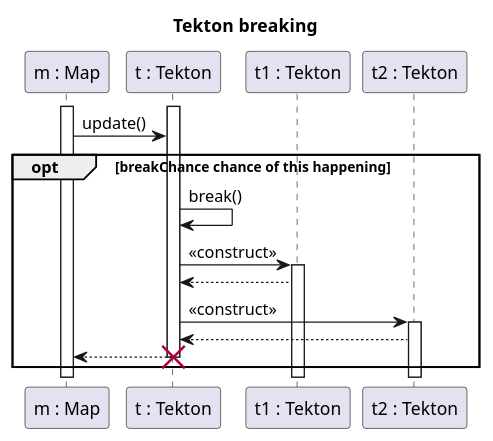
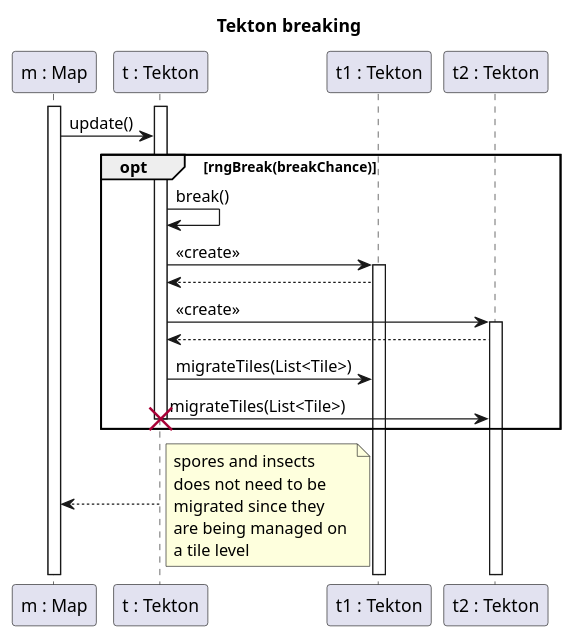
The diagram in diagrams/diagramFiles/SQ_TektonBreak.puml (Harcipan/Projlab_nullpointerexception), drawn with PlantUML before and after one commit.

Commit message:
created new function for random generation for every update (opt rngBreak(breakChance)) created new function for migrating tile ownership for new tectons (migrateTiles(List<Tile>)) added note for clarification

```diff
--- a/diagrams/diagramFiles/SQ_TektonBreak.puml
+++ b/diagrams/diagramFiles/SQ_TektonBreak.puml
@@ -1,28 +1,38 @@
 @startuml TektonBreak
 title Tekton breaking
 
 participant "m : Map" as M
 participant "t : Tekton" as T
 participant "t1 : Tekton" as T1
 participant "t2 : Tekton" as T2
 
 activate T
 activate M
 
 M->T : update()
-opt breakChance chance of this happening
+opt rngBreak(breakChance)
 T->T : break()
-T->T1 : <<construct>>
+T->T1 : <<create>>
 activate T1
 T1-->T
 
-T->T2 : <<construct>>
+T->T2 : <<create>>
 activate T2
 T2-->T
 
-T-->M
+T->T1 : migrateTiles(List<Tile>)
+T->T2 : migrateTiles(List<Tile>)
+
 destroy T
 end
+T-->M
 
+note right
+spores and insects 
+does not need to be 
+migrated since they 
+are being managed on 
+a tile level
+end note
 
 @enduml
```
